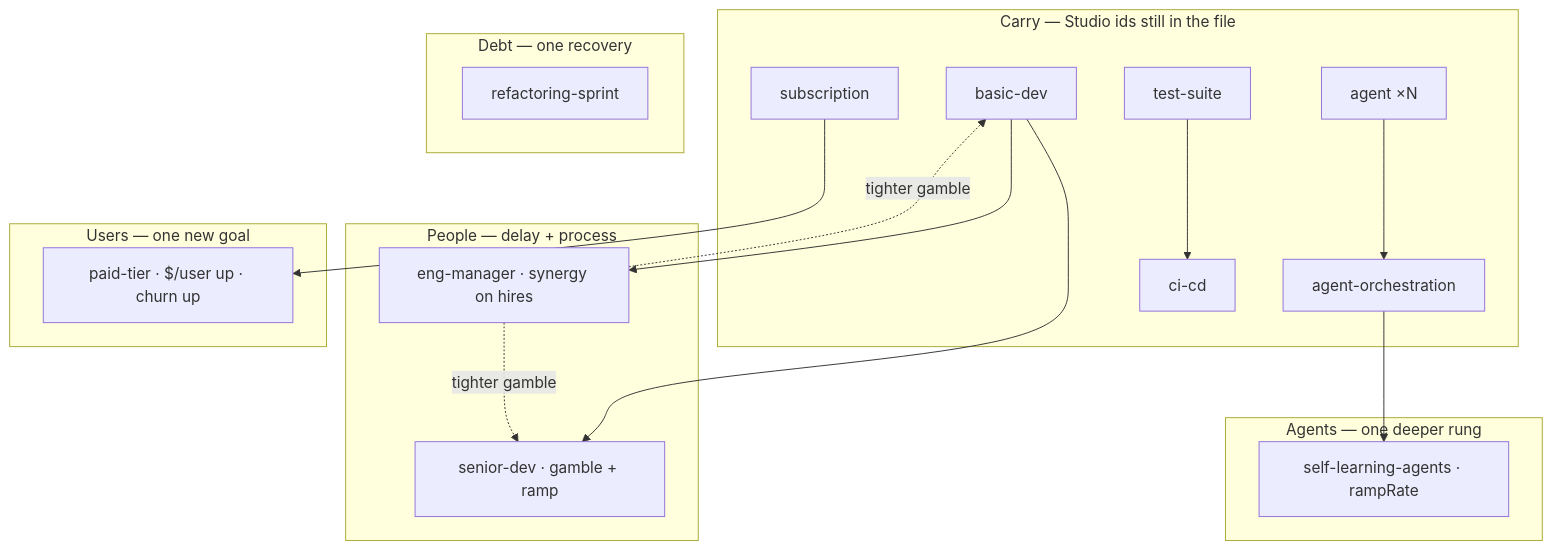
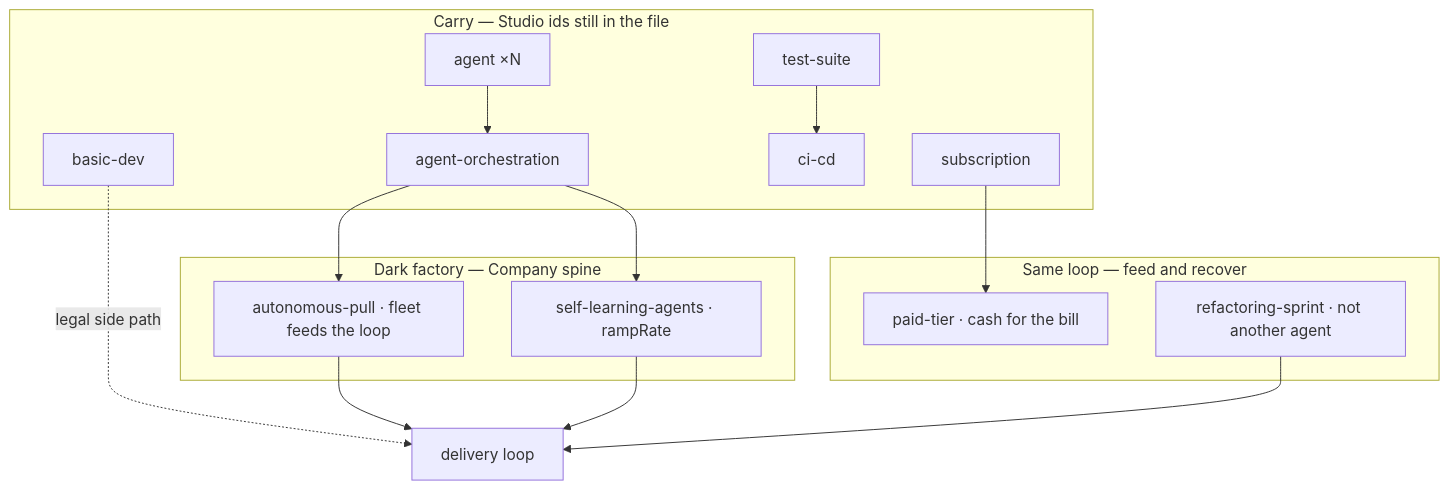
The second of 2 diagrams in docs/superpowers/specs/2026-08-14-company-era-brainstorm.md (anne-markis/software-factory-the-game), drawn with Mermaid before and after one commit. The commit also changed other lines of this file and 5 other files, not shown here.

First line of the commit message:
Home Company in on the dark factory.

````diff
--- a/docs/superpowers/specs/2026-08-14-company-era-brainstorm.md
+++ b/docs/superpowers/specs/2026-08-14-company-era-brainstorm.md
@@ -323,36 +349,31 @@
 ```mermaid
 flowchart TB
   subgraph carry["Carry — Studio ids still in the file"]
     agent[agent ×N]
     orch[agent-orchestration]
     hire[basic-dev]
     test[test-suite]
     cicd[ci-cd]
     sub[subscription]
     agent --> orch
     test --> cicd
   end
 
-  subgraph people["People — delay + process"]
-    senior[senior-dev · gamble + ramp]
-    mgr[eng-manager · synergy on hires]
-    hire --> senior
-    hire --> mgr
-    mgr -.->|tighter gamble| hire
-    mgr -.->|tighter gamble| senior
-  end
-
-  subgraph agents["Agents — one deeper rung"]
+  subgraph dark["Dark factory — Company spine"]
+    pull[autonomous-pull · fleet feeds the loop]
     sla[self-learning-agents · rampRate]
+    orch --> pull
     orch --> sla
   end
 
-  subgraph product["Users — one new goal"]
-    tier[paid-tier · $/user up · churn up]
+  subgraph other["Same loop — feed and recover"]
+    tier[paid-tier · cash for the bill]
+    refactor[refactoring-sprint · not another agent]
     sub --> tier
   end
 
-  subgraph debt["Debt — one recovery"]
-    refactor[refactoring-sprint]
-  end
+  hire -.->|legal side path| loop[delivery loop]
+  pull --> loop
+  sla --> loop
+  refactor --> loop
 ```
````
